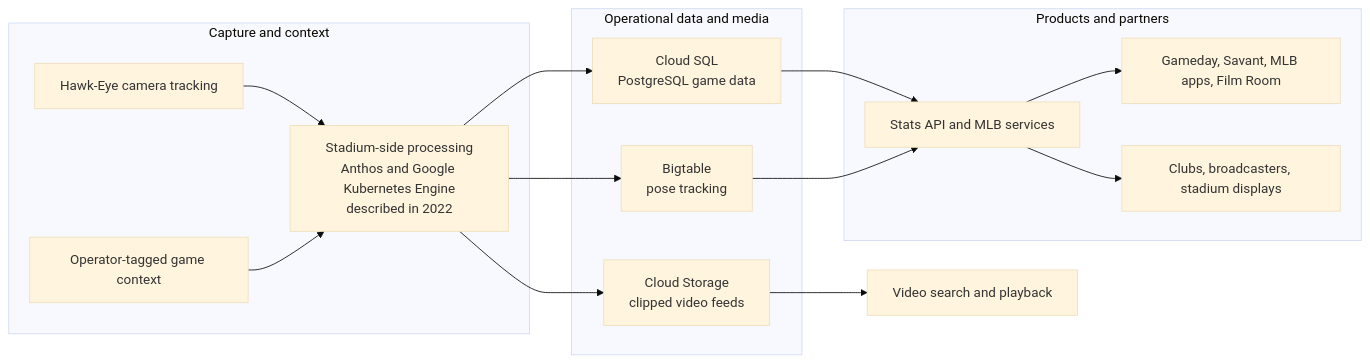
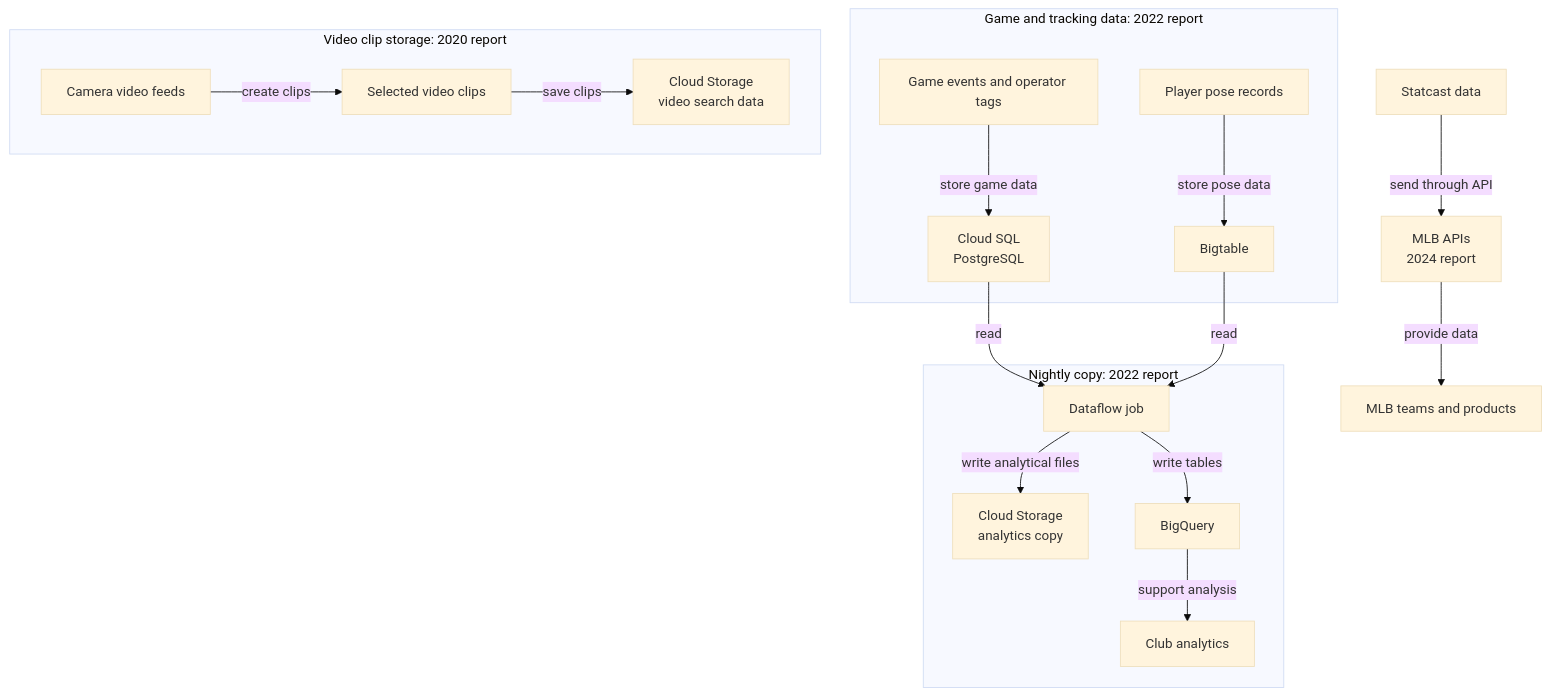
One commit to hsmahon/savant-stats changed the second of 3 diagrams in README.md. Above: the diagram before and after it, drawn with Mermaid (base theme). The commit also changed other lines of this file and 3 other files, not shown here.

First line of the commit message:
Document MLB public data architecture evidence

````diff
--- a/README.md
+++ b/README.md
@@ -13,32 +113,32 @@
 ```mermaid
-flowchart LR
-  subgraph capture[Capture and context]
-    cameras[Hawk-Eye camera tracking]
-    operators[Operator-tagged game context]
-    processing[Stadium-side processing<br/>Anthos and Google Kubernetes Engine<br/>described in 2022]
-    cameras --> processing
-    operators --> processing
+flowchart TD
+  subgraph eventdata[Game and tracking data: 2022 report]
+    event[Game events and operator tags]
+    track[Player pose records]
+    event -->|store game data| sql[Cloud SQL<br/>PostgreSQL]
+    track -->|store pose data| bt[Bigtable]
   end
 
-  subgraph operational[Operational data and media]
-    sql[Cloud SQL<br/>PostgreSQL game data]
-    bigtable[Bigtable<br/>pose tracking]
-    clips[Cloud Storage<br/>clipped video feeds]
+  subgraph batchcopy[Nightly copy: 2022 report]
+    flow[Dataflow job]
+    sql -->|read| flow
+    bt -->|read| flow
+    flow -->|write analytical files| gcs[Cloud Storage<br/>analytics copy]
+    flow -->|write tables| bq[BigQuery]
+    bq -->|support analysis| clubs[Club analytics]
   end
 
-  processing --> sql
-  processing --> bigtable
-  processing --> clips
-
-  subgraph distribution[Products and partners]
-    api[Stats API and MLB services]
-    products[Gameday, Savant, MLB apps, Film Room]
-    partners[Clubs, broadcasters, stadium displays]
+  subgraph videodata[Video clip storage: 2020 report]
+    feed[Camera video feeds]
+    cuts[Selected video clips]
+    videoStore[Cloud Storage<br/>video search data]
+    feed -->|create clips| cuts
+    cuts -->|save clips| videoStore
   end
 
-  sql --> api
-  bigtable --> api
-  api --> products
-  api --> partners
-  clips --> search[Video search and playback]
+  api[MLB APIs<br/>2024 report]
+  statcast[Statcast data]
+  teams[MLB teams and products]
+  statcast -->|send through API| api
+  api -->|provide data| teams
 ```
````
